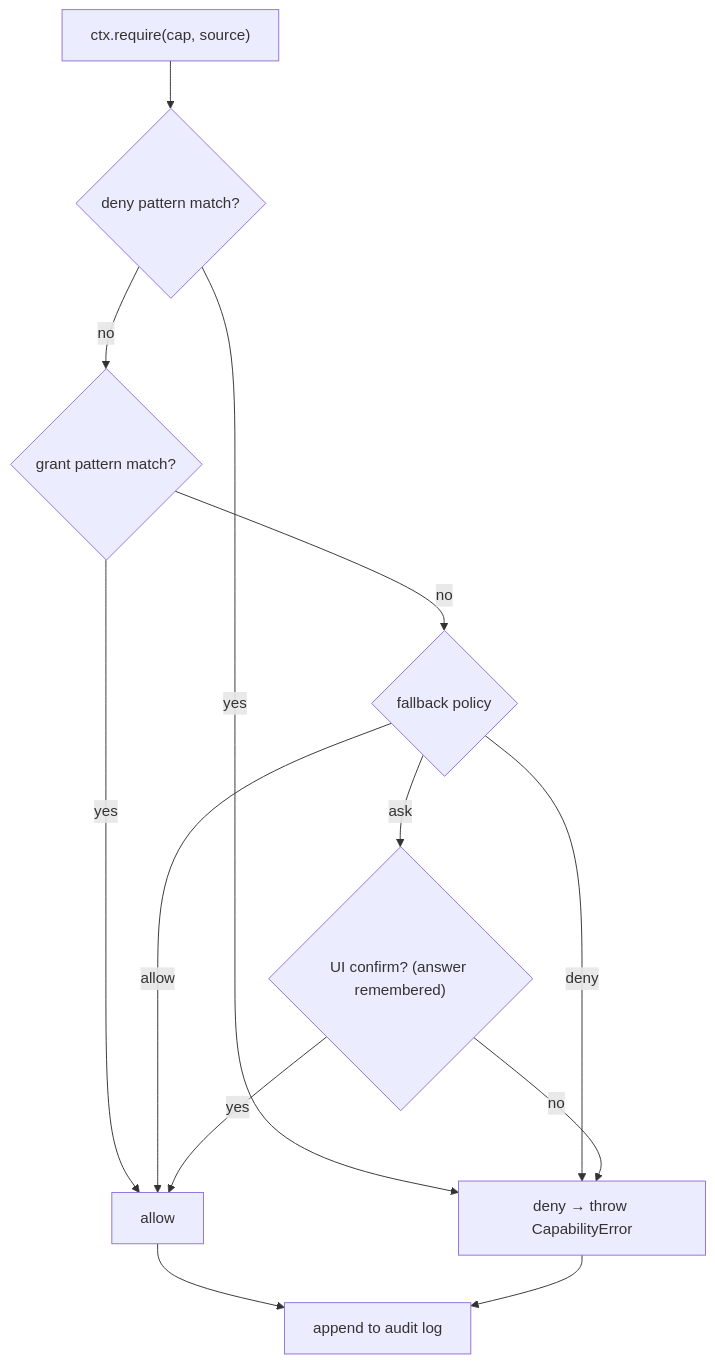
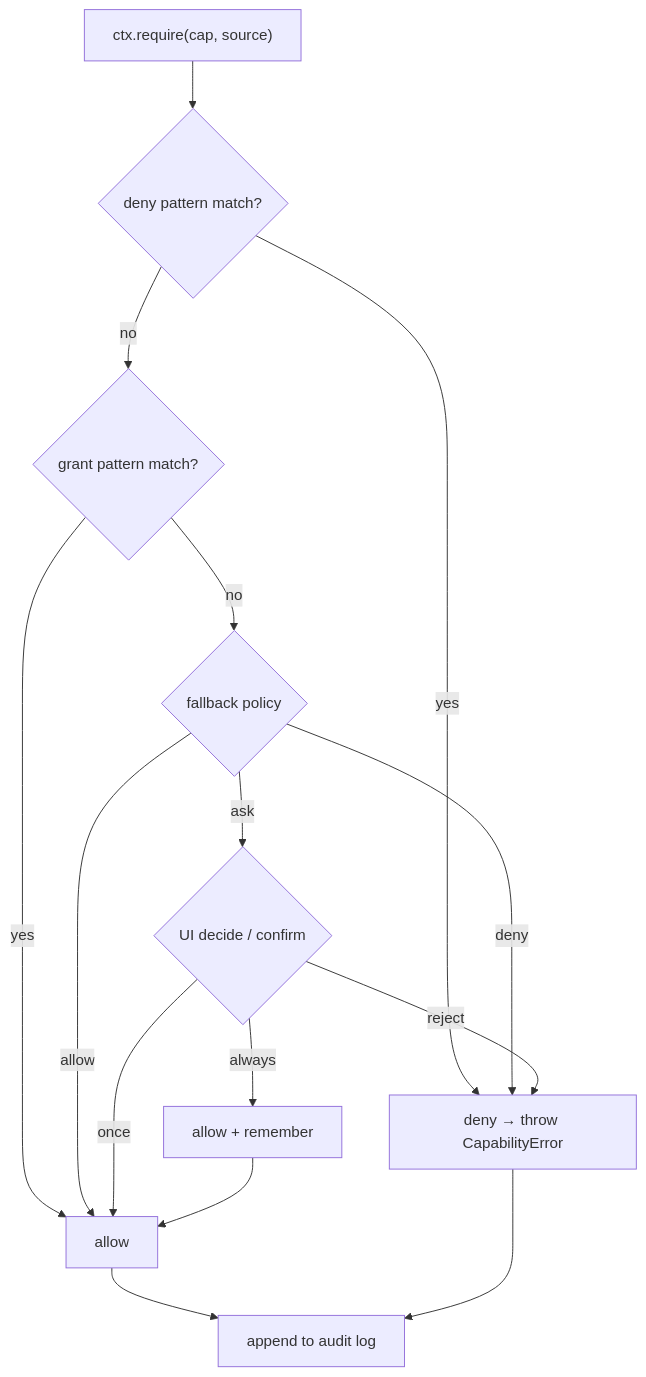
One commit to caohaotiantian/EAgent changed the fifth of 10 diagrams in ARCHITECTURE.md. Above: the diagram before and after it, drawn with Mermaid. The commit also changed other lines of this file and 8 other files, not shown here.

````diff
--- a/ARCHITECTURE.md
+++ b/ARCHITECTURE.md
@@ -190,15 +190,17 @@
 ```mermaid
 flowchart TD
     R["ctx.require(cap, source)"] --> D{"deny pattern match?"}
     D -->|yes| DENY["deny → throw CapabilityError"]
     D -->|no| G{"grant pattern match?"}
     G -->|yes| ALLOW["allow"]
     G -->|no| FB{"fallback policy"}
     FB -->|allow| ALLOW
     FB -->|deny| DENY
-    FB -->|ask| UI{"UI confirm? (answer remembered)"}
-    UI -->|yes| ALLOW
-    UI -->|no| DENY
+    FB -->|ask| UI{"UI decide / confirm"}
+    UI -->|once| ALLOW
+    UI -->|always| ALLOWR["allow + remember"]
+    UI -->|reject| DENY
+    ALLOWR --> ALLOW
     ALLOW --> AUD["append to audit log"]
     DENY --> AUD
 ```
````
